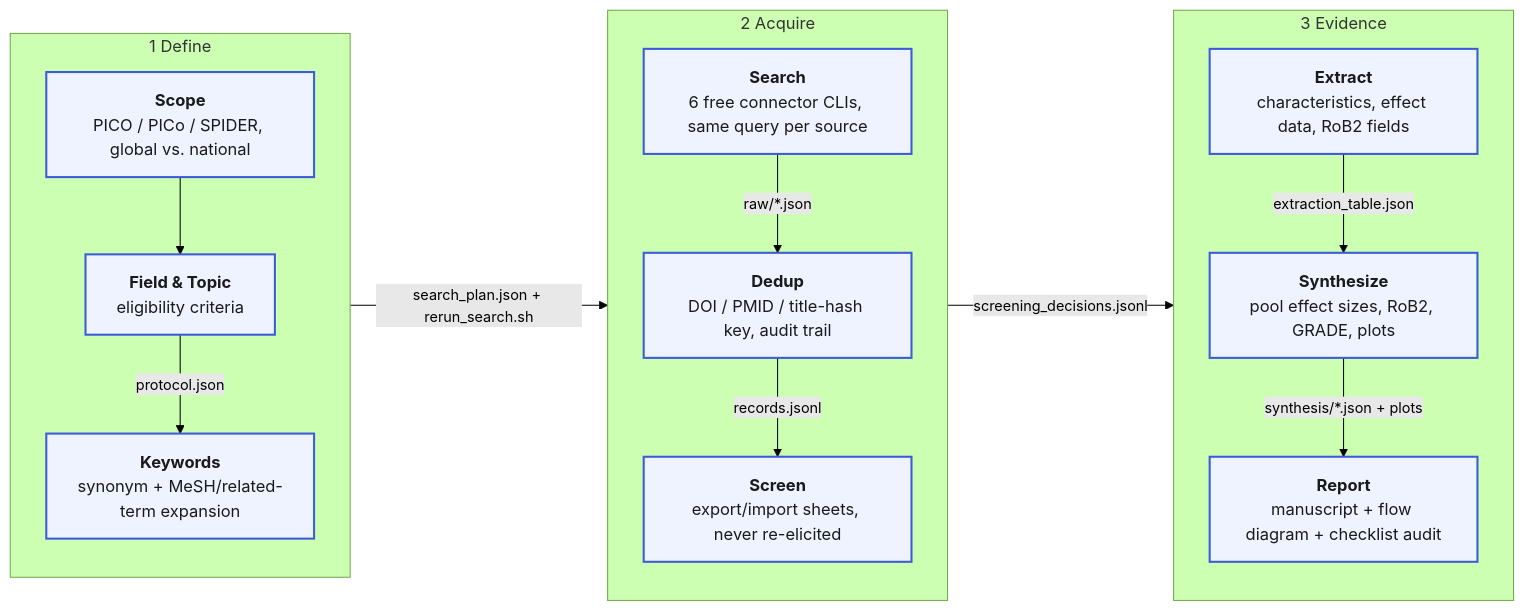
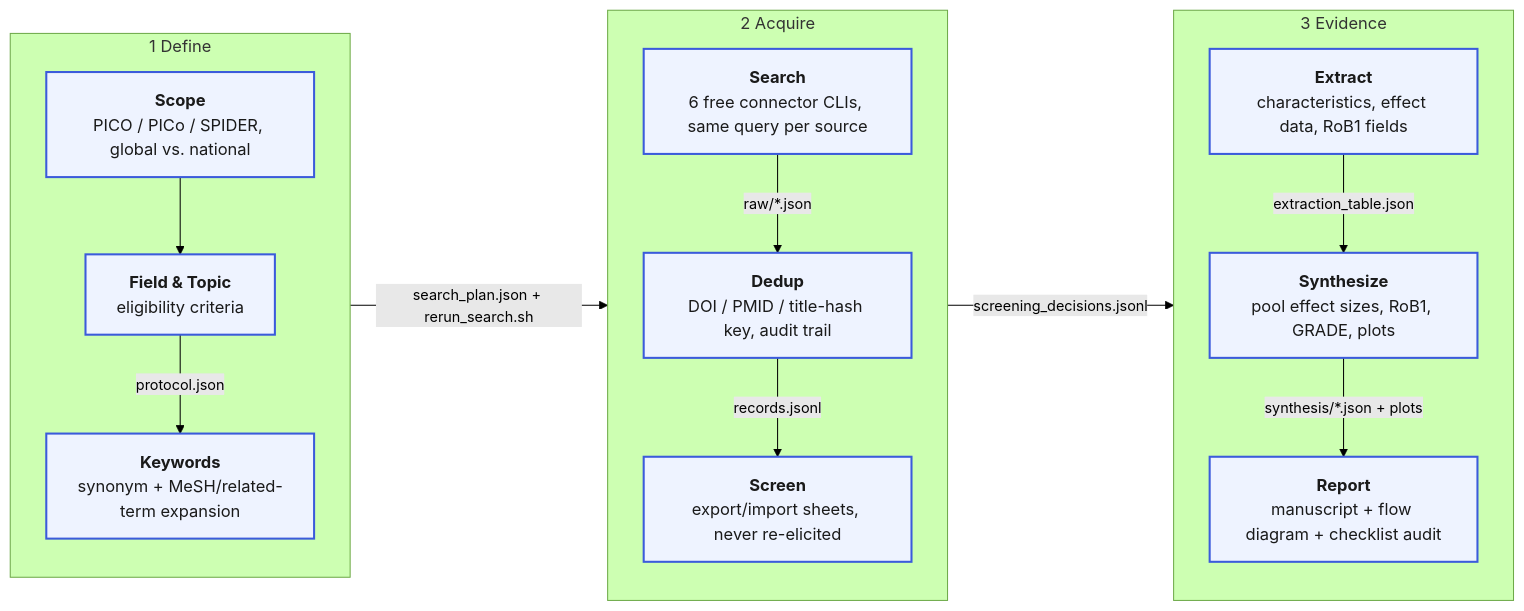
The diagram in README.md (JinhoKim46/litreview-agent), drawn with Mermaid (forest theme) before and after one commit. The commit also changed other lines of this file and 14 other files, not shown here.

````diff
--- a/README.md
+++ b/README.md
@@ -15,36 +15,36 @@
 ```mermaid
 flowchart LR
     subgraph s1["1 Define"]
         direction TB
         Scope["<b>Scope</b><br/>PICO / PICo / SPIDER, global vs. national"]
         Field["<b>Field &amp; Topic</b><br/>eligibility criteria"]
         Keywords["<b>Keywords</b><br/>synonym + MeSH/related-term expansion"]
         Scope --> Field
         Field -- "protocol.json" --> Keywords
     end
 
     subgraph s2["2 Acquire"]
         direction TB
         Search["<b>Search</b><br/>6 free connector CLIs, same query per source"]
         Dedup["<b>Dedup</b><br/>DOI / PMID / title-hash key, audit trail"]
         Screen["<b>Screen</b><br/>export/import sheets, never re-elicited"]
         Search -- "raw/*.json" --> Dedup
         Dedup -- "records.jsonl" --> Screen
     end
 
     subgraph s3["3 Evidence"]
         direction TB
-        Extract["<b>Extract</b><br/>characteristics, effect data, RoB2 fields"]
-        Synthesize["<b>Synthesize</b><br/>pool effect sizes, RoB2, GRADE, plots"]
+        Extract["<b>Extract</b><br/>characteristics, effect data, RoB1 fields"]
+        Synthesize["<b>Synthesize</b><br/>pool effect sizes, RoB1, GRADE, plots"]
         Report["<b>Report</b><br/>manuscript + flow diagram + checklist audit"]
         Extract -- "extraction_table.json" --> Synthesize
         Synthesize -- "synthesis/*.json + plots" --> Report
     end
 
     s1 -- "search_plan.json + rerun_search.sh" --> s2
     s2 -- "screening_decisions.jsonl" --> s3
 
     classDef stage fill:#eef3ff,stroke:#3b5bdb,stroke-width:2px,color:#1a1a1a,font-size:16px;
     class Scope,Field,Keywords,Search,Dedup,Screen,Extract,Synthesize,Report stage;
     linkStyle default font-size:14px;
 ```
````
